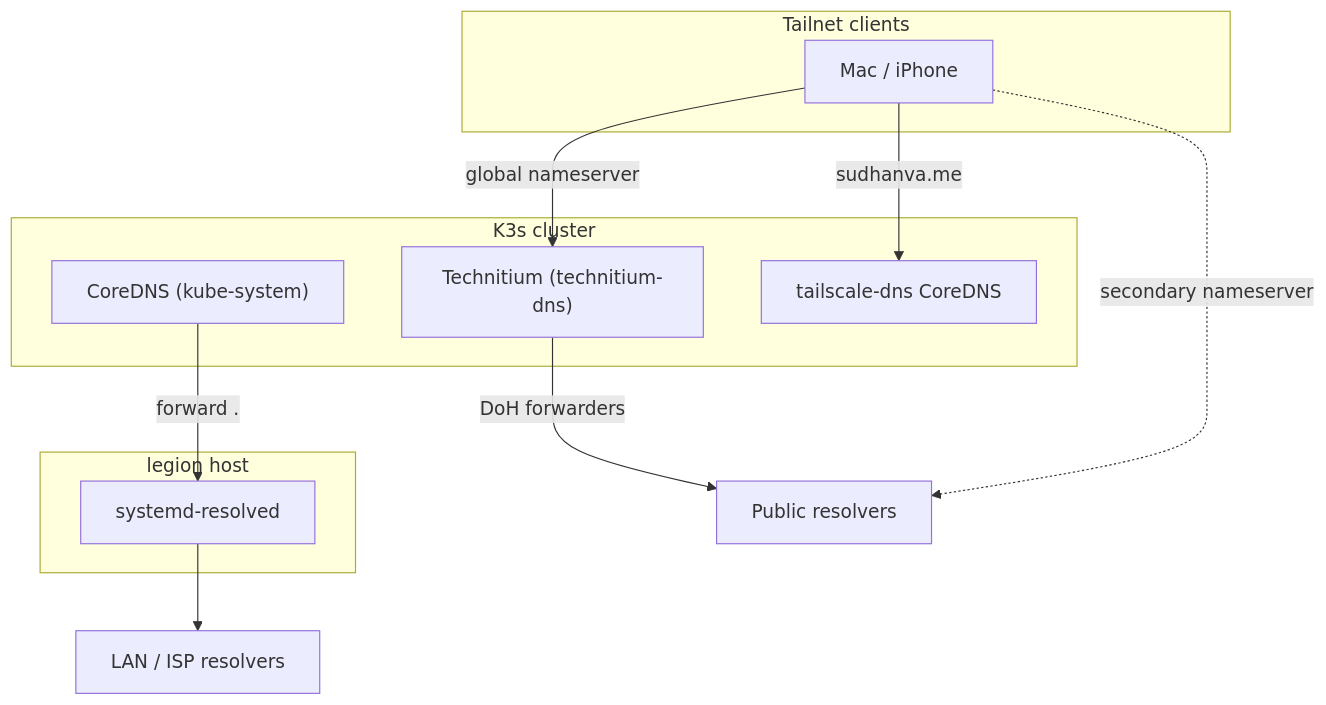
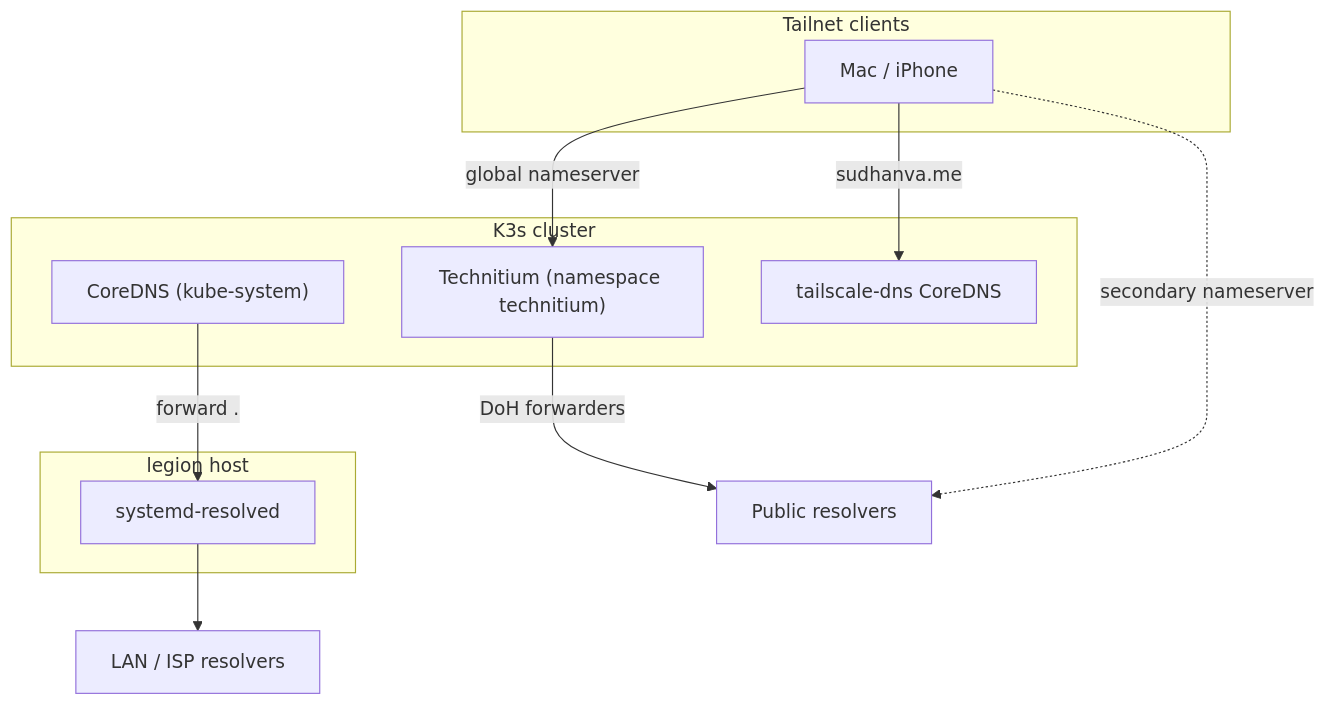
The diagram in docs/src/content/docs/explanation/node-networking.md (nsudhanva/homelab), drawn with Mermaid before and after one commit. The commit also changed other lines of this file and 46 other files, not shown here.

````diff
--- a/docs/src/content/docs/explanation/node-networking.md
+++ b/docs/src/content/docs/explanation/node-networking.md
@@ -50,23 +50,23 @@
 ```mermaid
 flowchart TB
     subgraph Tailnet["Tailnet clients"]
         Client["Mac / iPhone"]
     end
     subgraph Node["legion host"]
         Resolved["systemd-resolved"]
     end
     subgraph Cluster["K3s cluster"]
         CoreDNS["CoreDNS (kube-system)"]
-        Technitium["Technitium (technitium-dns)"]
+        Technitium["Technitium (namespace technitium)"]
         SplitDNS["tailscale-dns CoreDNS"]
     end
     Upstream["LAN / ISP resolvers"]
     Public["Public resolvers"]
 
     Client -->|"global nameserver"| Technitium
     Client -->|"sudhanva.me"| SplitDNS
     Client -.->|"secondary nameserver"| Public
     Resolved --> Upstream
     CoreDNS -->|"forward ."| Resolved
     Technitium -->|"DoH forwarders"| Public
 ```
````
